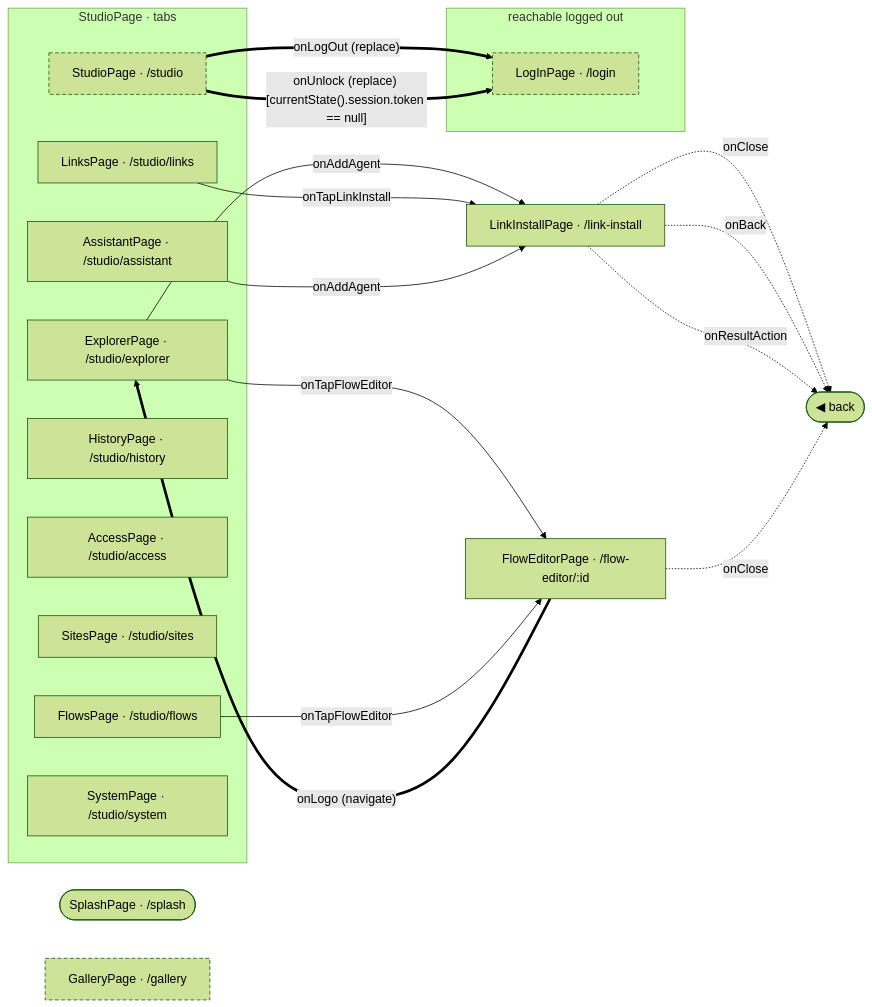
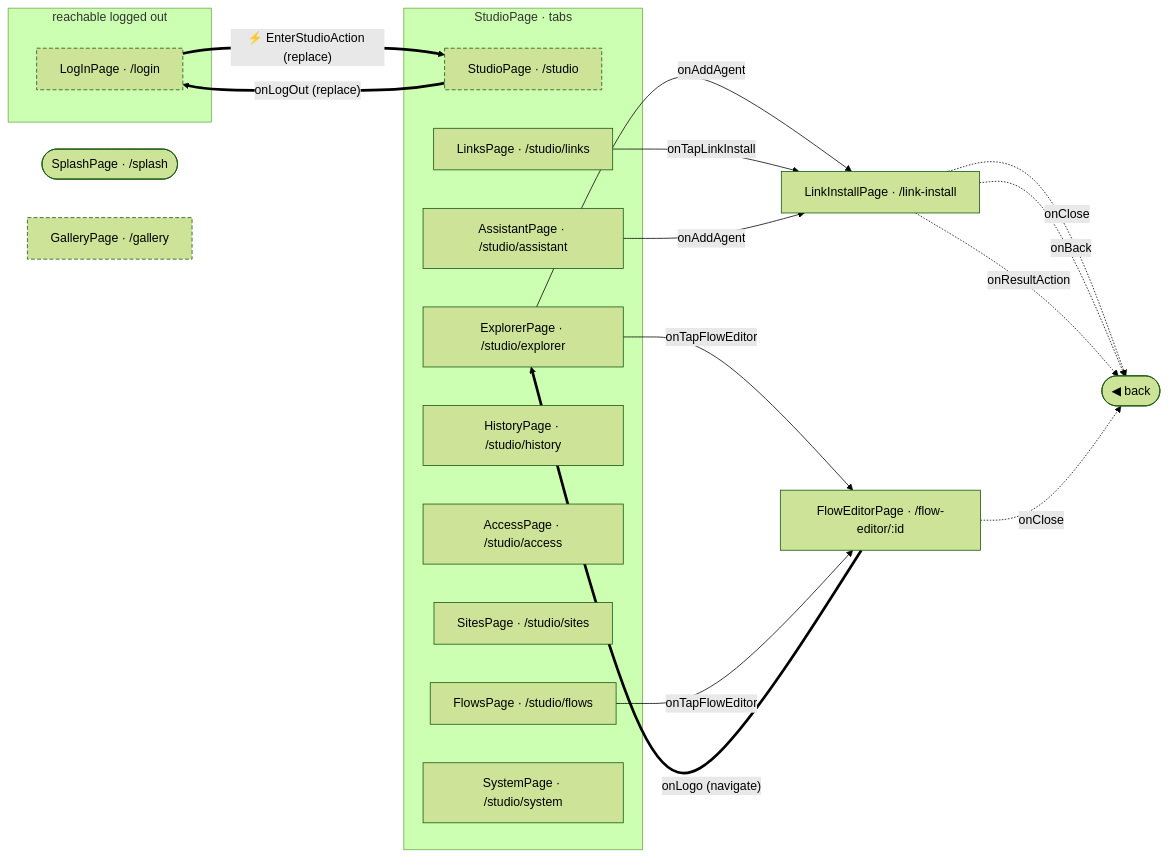
One commit to gencto/wyrm changed the diagram in studio/docs/flows/README.md. Above: the diagram before and after it, drawn with Mermaid (forest theme). The commit also changed other lines of this file and 90 other files, not shown here.

First line of the commit message:
studio: log-in: typed values, words in ui, one action per intent

````diff
--- a/studio/docs/flows/README.md
+++ b/studio/docs/flows/README.md
@@ -7,38 +7,38 @@
 ```mermaid
 flowchart LR
     subgraph frxPublic["reachable logged out"]
         logIn["LogInPage · /login"]
     end
     splash(["SplashPage · /splash"])
     gallery["GalleryPage · /gallery"]
     subgraph frxTabs_studio["StudioPage · tabs"]
         studio["StudioPage · /studio"]
         explorer["ExplorerPage · /studio/explorer"]
         links["LinksPage · /studio/links"]
         flows["FlowsPage · /studio/flows"]
         history["HistoryPage · /studio/history"]
         access["AccessPage · /studio/access"]
         sites["SitesPage · /studio/sites"]
         assistant["AssistantPage · /studio/assistant"]
         system["SystemPage · /studio/system"]
     end
     linkInstall["LinkInstallPage · /link-install"]
     flowEditor["FlowEditorPage · /flow-editor/:id"]
     frxBack(["◀ back"])
 
+    logIn ==>|"⚡ EnterStudioAction (replace)"| studio
     studio ==>|"onLogOut (replace)"| logIn
-    studio ==>|"onUnlock (replace) [currentState().session.token == null]"| logIn
     explorer -->|"onTapFlowEditor"| flowEditor
     explorer -->|"onAddAgent"| linkInstall
     links -->|"onTapLinkInstall"| linkInstall
     flows -->|"onTapFlowEditor"| flowEditor
     assistant -->|"onAddAgent"| linkInstall
     linkInstall -.->|"onClose"| frxBack
     linkInstall -.->|"onBack"| frxBack
     linkInstall -.->|"onResultAction"| frxBack
     flowEditor -.->|"onClose"| frxBack
     flowEditor ==>|"onLogo (navigate)"| explorer
 
     classDef frxEntry stroke-dasharray: 5 3
     class logIn,gallery,studio frxEntry
 ```
````
